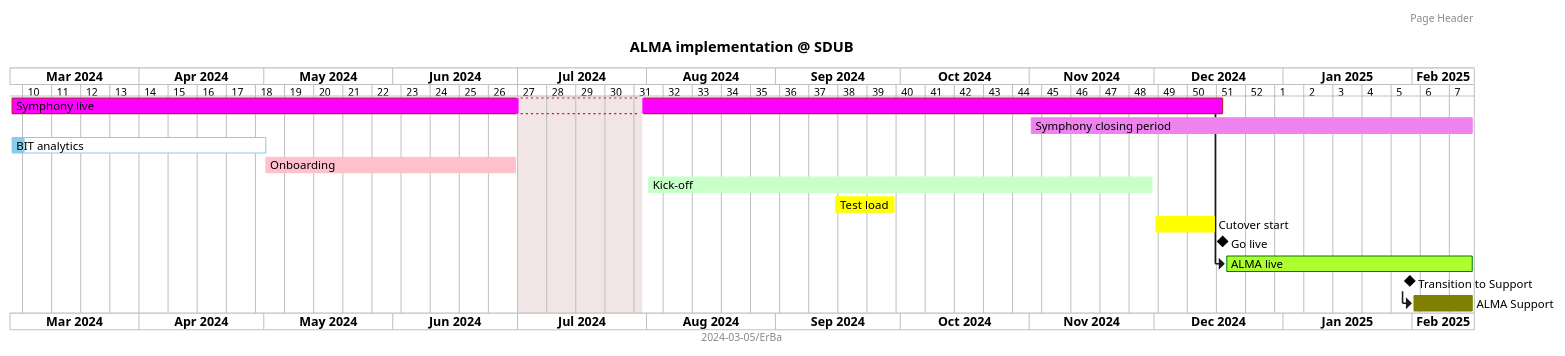
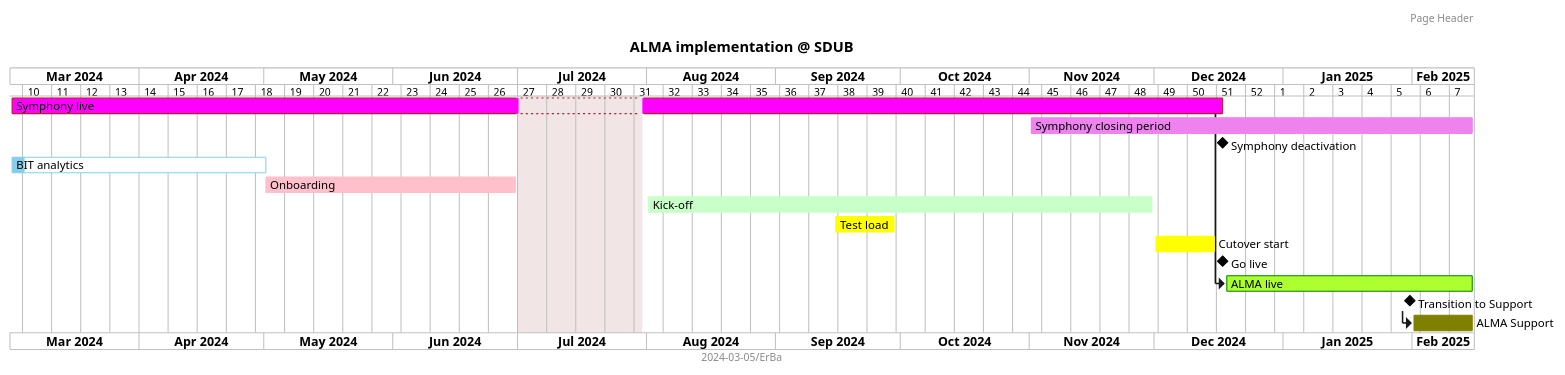
Before and after one commit to BIT-SDUB/ALMA: the diagram in implentation/timeline.puml, drawn with PlantUML.

```diff
--- a/implentation/timeline.puml
+++ b/implentation/timeline.puml
@@ -1,62 +1,64 @@
 @startgantt
 Project starts 2024-03-01
 printscale weekly
 
 TITLE ALMA implementation @ SDUB
 header Page Header
 footer 2024-03-05/ErBa
 
 'https://raw.githubusercontent.com/BIT-SDUB/ALMA/main/implentation/timeline.puml
 
 ' start up
 [Symphony live] starts 2024-03-01 and ends 2024-12-17
 [Symphony closing period] starts 2024-11-01 and ends 2025-02-15
+[Symphony deactivation] happens 2024-12-17
+[Symphony deactivation] happens 2024-12-17
 
 [BIT analytics] starts 2024-03-01 and ends 2024-05-01 and is 5% complete
 
 '>>> Exlibris
 '• Onboarding May and June 2024
 [Onboarding] starts 2024-05-01 and ends 2024-06-30
 '
 '[Vaccation] starts 2024-07-01 and ends 2024-07-30
 'July is closed
 2024-07-01 to 2024-07-30 is closed
 '
 '• Kick-off: early August 2024
 [Kick-off] starts 2024-08-01 and ends 2024-11-30
 '
 '• Test load start: mid-September 2024
 [Test load] starts 2024-09-15 and lasts 15 days
 '[Test load] lasts 15 days
 '
 '• Cutover start: 1st December 2024
 [Cutover start] starts 2024-12-01
 [Cutover start] lasts 15 days
 '
 '• Go live: 17th December 2024
 [Go live] happens 2024-12-17
 [ALMA live] starts at [Symphony live]'s end
 
 [ALMA live] starts 2024-12-17 and ends 2025-02-15
 '[ALMA live] lasts 60 days
 '• Transition to Support: by end of January 2025
 [Transition to Support] happens 2025-01-31
 '[ALMA live] starts at [Symphony live]'s end
 [ALMA Support] starts 2025-01-31 and ends 2025-02-15
 [ALMA Support] starts at [Transition to Support]'s end
 '
 '>>> Colors
   [Symphony live] is colored in Fuchsia/FireBrick
   [Symphony closing period] is colored in violet
 'purple
   [ALMA live] is colored in GreenYellow/Green
   [ALMA Support] is colored in Olive
   [Onboarding] is colored in pink
   [Test load] is colored in yellow
   [Cutover start] is colored in yellow
   [Kick-off] is colored in technology 
   '[Vacation] is colored in gray
   [BIT analytics] is colored in SkyBlue
 '<<< Colors
 
 @endgantt
```
